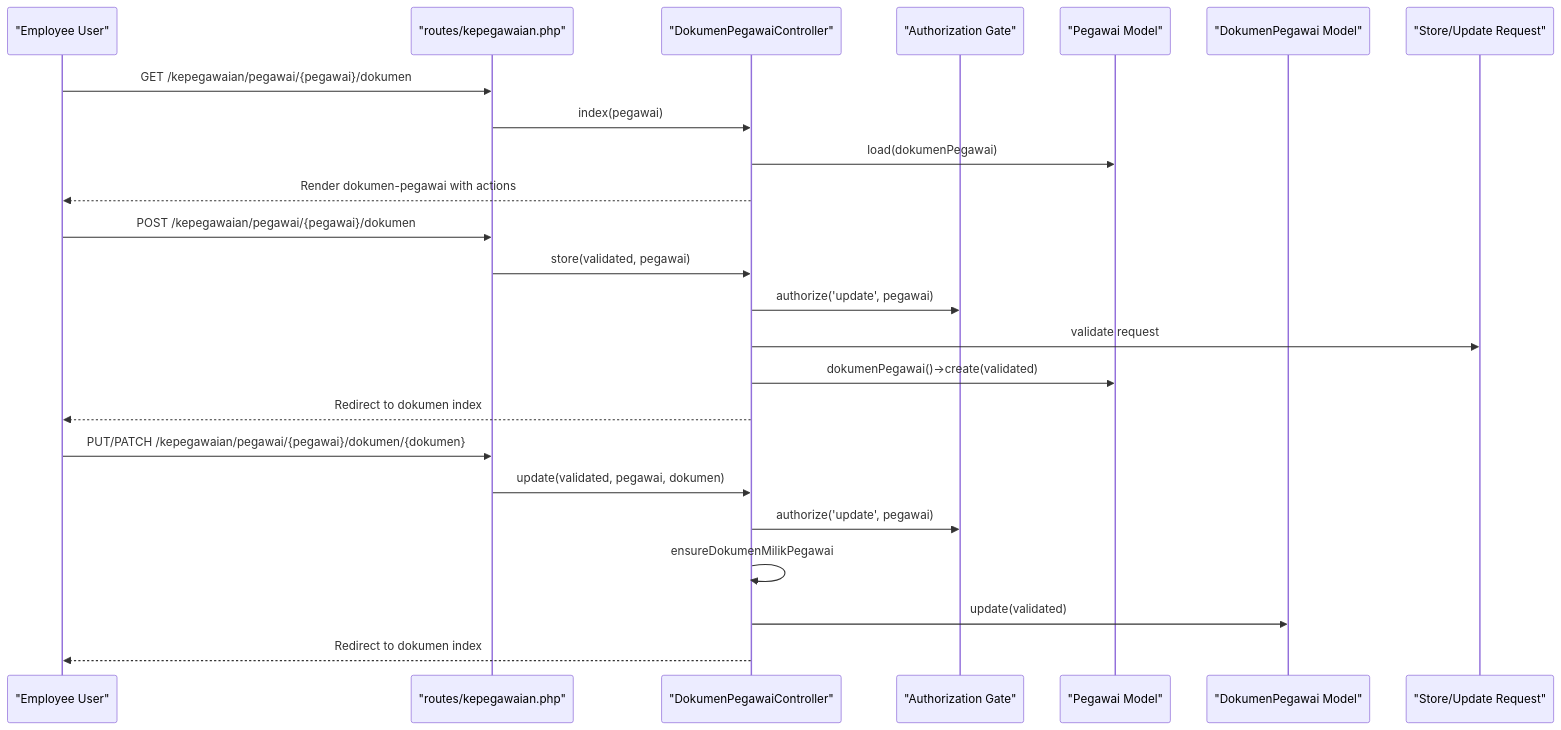
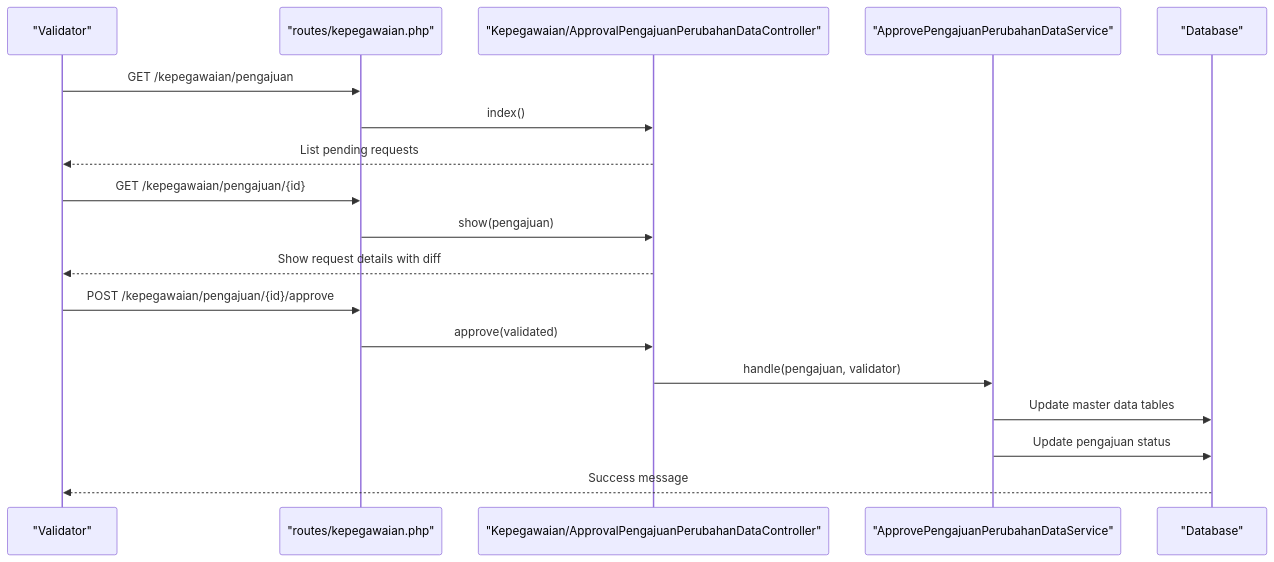
One commit to PA-Penajam/kepegawaian_apps changed the fourth of 8 diagrams in .qoder/repowiki/en/content/Self-Service Portal/Self-Service Portal.md. Above: the diagram before and after it, drawn with Mermaid. The commit also changed other lines of this file and 4 other files, not shown here.

First line of the commit message:
feat(approval): add self-service data change approval workflow

````diff
--- a/.qoder/repowiki/en/content/Self-Service Portal/Self-Service Portal.md
+++ b/.qoder/repowiki/en/content/Self-Service Portal/Self-Service Portal.md
@@ -223,26 +278,20 @@
 ```mermaid
 sequenceDiagram
-participant U as "Employee User"
+participant V as "Validator"
 participant R as "routes/kepegawaian.php"
-participant C as "DokumenPegawaiController"
-participant G as "Authorization Gate"
-participant P as "Pegawai Model"
-participant D as "DokumenPegawai Model"
-participant V as "Store/Update Request"
-U->>R : GET /kepegawaian/pegawai/{pegawai}/dokumen
-R->>C : index(pegawai)
-C->>P : load(dokumenPegawai)
-C-->>U : Render dokumen-pegawai with actions
-U->>R : POST /kepegawaian/pegawai/{pegawai}/dokumen
-R->>C : store(validated, pegawai)
-C->>G : authorize('update', pegawai)
-C->>V : validate request
-C->>P : dokumenPegawai()->create(validated)
-C-->>U : Redirect to dokumen index
-U->>R : PUT/PATCH /kepegawaian/pegawai/{pegawai}/dokumen/{dokumen}
-R->>C : update(validated, pegawai, dokumen)
-C->>G : authorize('update', pegawai)
-C->>C : ensureDokumenMilikPegawai
-C->>D : update(validated)
-C-->>U : Redirect to dokumen index
+participant C as "Kepegawaian/ApprovalPengajuanPerubahanDataController"
+participant S as "ApprovePengajuanPerubahanDataService"
+participant DB as "Database"
+V->>R : GET /kepegawaian/pengajuan
+R->>C : index()
+C-->>V : List pending requests
+V->>R : GET /kepegawaian/pengajuan/{id}
+R->>C : show(pengajuan)
+C-->>V : Show request details with diff
+V->>R : POST /kepegawaian/pengajuan/{id}/approve
+R->>C : approve(validated)
+C->>S : handle(pengajuan, validator)
+S->>DB : Update master data tables
+S->>DB : Update pengajuan status
+DB-->>V : Success message
 ```
````
